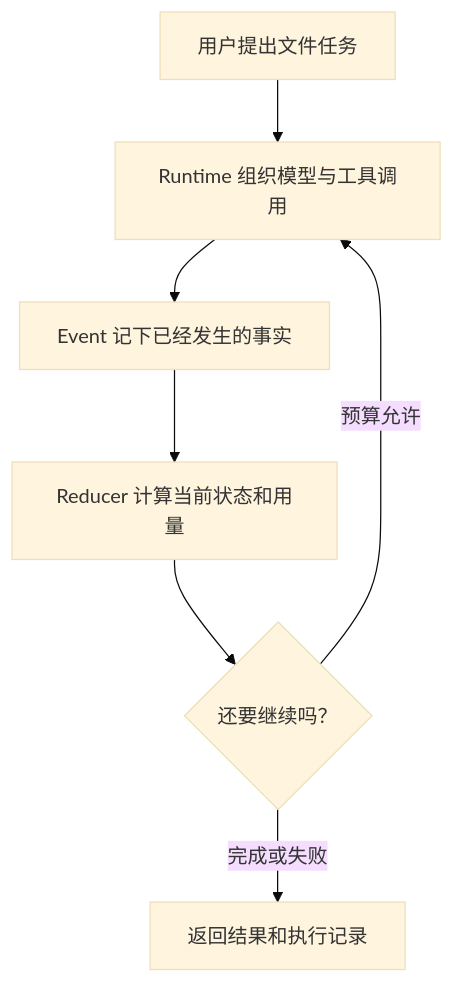
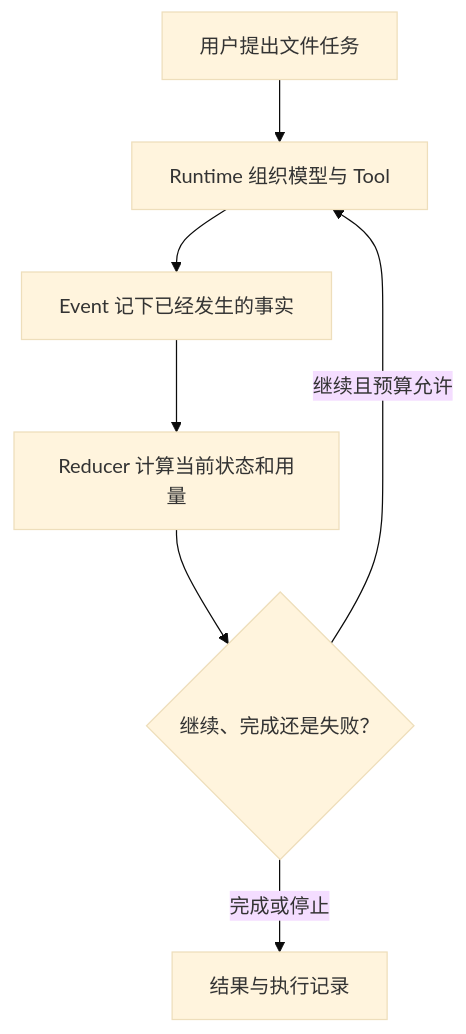
The diagram in site/src/content/docs/zh-cn/learn/index.md (CherryYang05/BearAgent), drawn with Mermaid (base theme) before and after one commit. The commit also changed other lines of this file and 43 other files, not shown here.

````diff
--- a/site/src/content/docs/zh-cn/learn/index.md
+++ b/site/src/content/docs/zh-cn/learn/index.md
@@ -26,9 +25,9 @@
 ```mermaid
 flowchart TB
-    A["用户提出文件任务"] --> B["Runtime 组织模型与工具调用"]
+    A["用户提出文件任务"] --> B["Runtime 组织模型与 Tool"]
     B --> C["Event 记下已经发生的事实"]
     C --> D["Reducer 计算当前状态和用量"]
-    D --> E{"还要继续吗？"}
-    E -->|"预算允许"| B
-    E -->|"完成或失败"| F["返回结果和执行记录"]
+    D --> E{"继续、完成还是失败？"}
+    E -->|"继续且预算允许"| B
+    E -->|"完成或停止"| F["结果与执行记录"]
 ```
````
